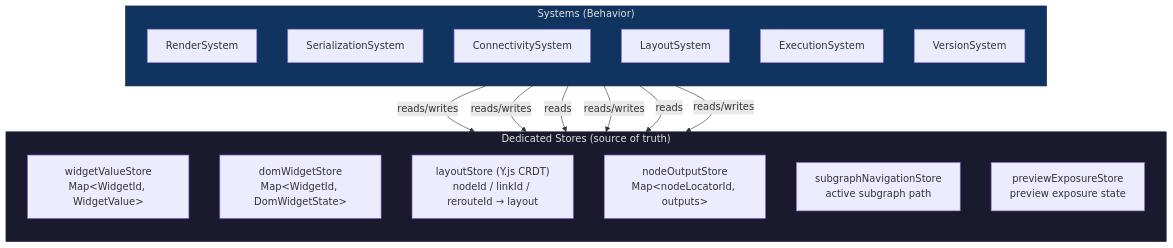
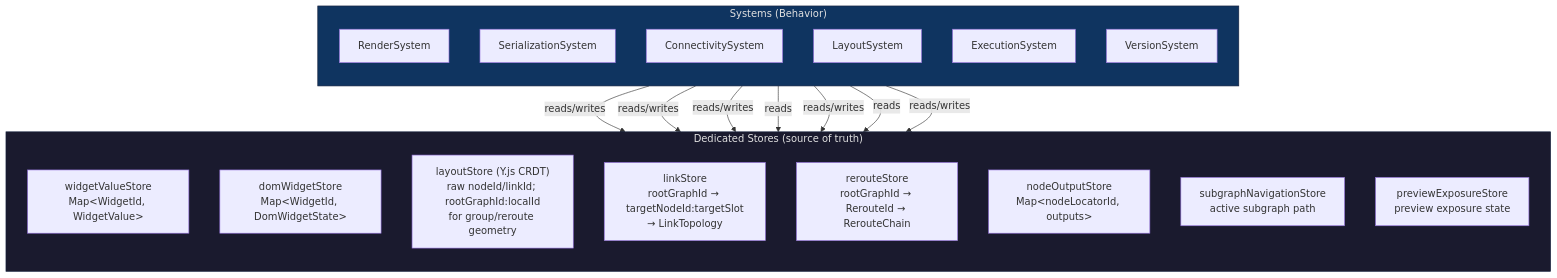
One commit to Comfy-Org/ComfyUI_frontend changed the first of 12 diagrams in docs/architecture/ecs-target-architecture.md. Above: the diagram before and after it, drawn with Mermaid. The commit also changed other lines of this file and 348 other files, not shown here.

````diff
--- a/docs/architecture/ecs-target-architecture.md
+++ b/docs/architecture/ecs-target-architecture.md
@@ -12,38 +12,45 @@
 ```mermaid
 graph TD
     subgraph Stores["Dedicated Stores (source of truth)"]
         direction TB
         WidgetValueStore["widgetValueStore
 Map&lt;WidgetId, WidgetValue&gt;"]
         DomWidgetStore["domWidgetStore
 Map&lt;WidgetId, DomWidgetState&gt;"]
         LayoutStore["layoutStore (Y.js CRDT)
-nodeId / linkId / rerouteId → layout"]
+raw nodeId/linkId; rootGraphId:localId
+for group/reroute geometry"]
+        LinkStore["linkStore
+rootGraphId → targetNodeId:targetSlot
+→ LinkTopology"]
+        RerouteStore["rerouteStore
+rootGraphId → RerouteId → RerouteChain"]
         NodeOutputStore["nodeOutputStore
 Map&lt;nodeLocatorId, outputs&gt;"]
         SubgraphNavStore["subgraphNavigationStore
 active subgraph path"]
         PreviewExposureStore["previewExposureStore
 preview exposure state"]
     end
 
     subgraph Systems["Systems (Behavior)"]
         direction TB
         RS["RenderSystem"]
         SS["SerializationSystem"]
         CS["ConnectivitySystem"]
         LS["LayoutSystem"]
         ES["ExecutionSystem"]
         VS["VersionSystem"]
     end
 
     RS -->|reads| Stores
     SS -->|reads/writes| Stores
-    CS -->|reads/writes| LayoutStore
+    CS -->|reads/writes| LinkStore
+    CS -->|reads/writes| RerouteStore
     LS -->|reads/writes| LayoutStore
     ES -->|reads| NodeOutputStore
     VS -->|reads/writes| LayoutStore
 
     style Stores fill:#1a1a2e,stroke:#16213e,color:#e0e0e0
     style Systems fill:#0f3460,stroke:#16213e,color:#e0e0e0
 ```
````
